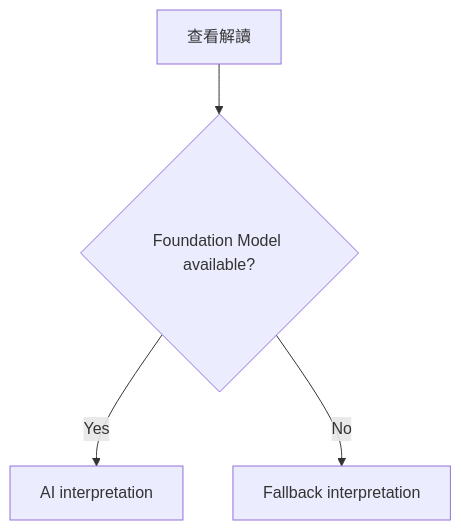
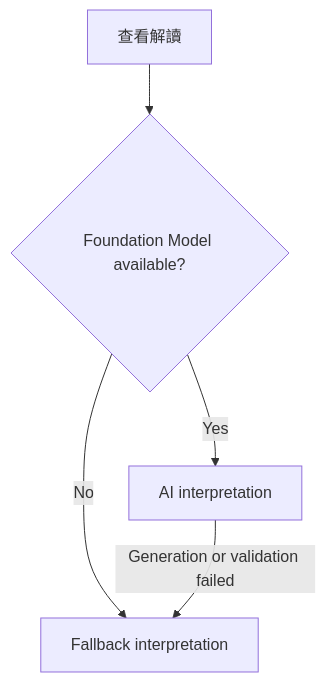
The fifth of 5 diagrams in PRODUCT.md (narumiruna/mighty-zi-wei), drawn with Mermaid before and after one commit. The commit also changed other lines of this file and 1 other file, not shown here.

````diff
--- a/PRODUCT.md
+++ b/PRODUCT.md
@@ -432,11 +534,12 @@
 ```mermaid
 flowchart TD
     A["查看解讀"]
     B{"Foundation Model available?"}
     C["AI interpretation"]
     D["Fallback interpretation"]
 
     A --> B
     B -->|Yes| C
     B -->|No| D
+    C -->|Generation or validation failed| D
 ```
````
